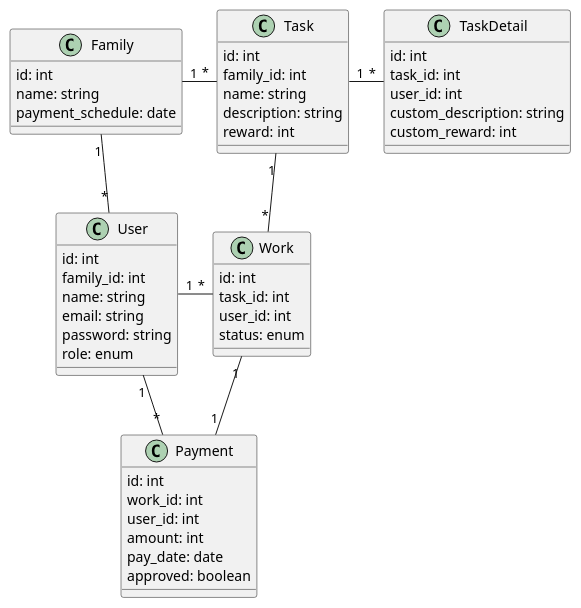
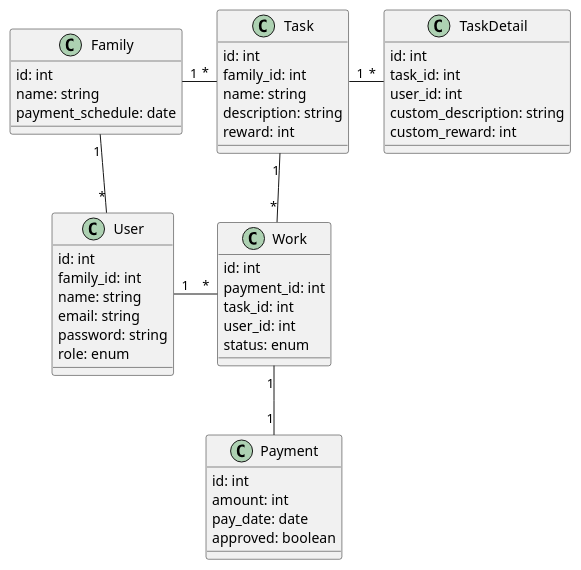
The diagram in documents/class/class.pu (S-Yamamoto3215/ote-pal-backend), drawn with PlantUML before and after one commit. The commit also changed 7 other files, not shown here.

```diff
--- a/documents/class/class.pu
+++ b/documents/class/class.pu
@@ -1,60 +1,58 @@
 @startuml class
 class User {
   id: int
   family_id: int
   name: string
   email: string
   password: string
   role: enum
 }
 
 class Family {
   id: int
   name: string
   payment_schedule: date
 }
 
 class Task {
   id: int
   family_id: int
   name: string
   description: string
   reward: int
 }
 
 class TaskDetail {
   id: int
   task_id: int
   user_id: int
   custom_description: string
   custom_reward: int
 }
 
 
 class Work {
   id: int
+  payment_id: int
   task_id: int
   user_id: int
   status: enum
 }
 
 class Payment {
   id: int
-  work_id: int
-  user_id: int
   amount: int
   pay_date: date
   approved: boolean
 }
 
 Family "1" -down- "*" User
 Family "1" -right- "*" Task
 
-User "1" -down- "*" Payment
 User "1" -right- "*" Work
 
 Task "1" -right- "*" TaskDetail
 Task "1" -down- "*" Work
 
 Work "1" -down- "1" Payment
 @enduml
```
